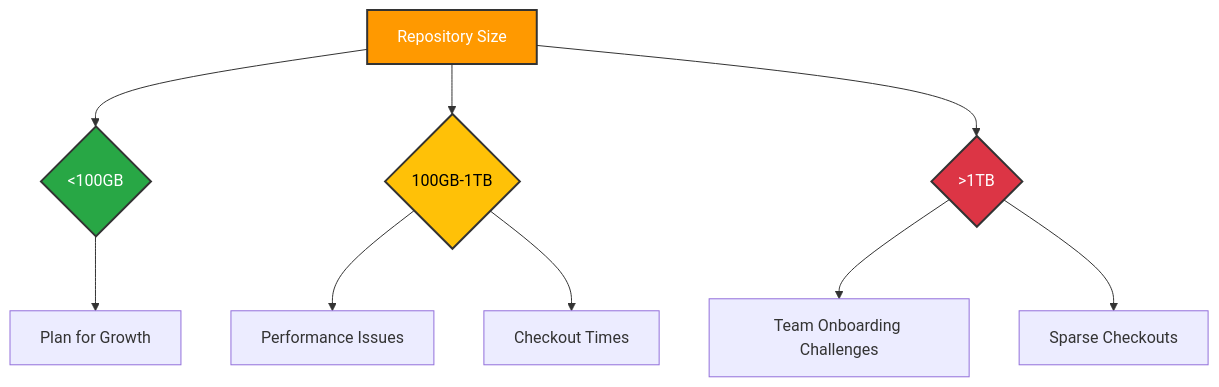
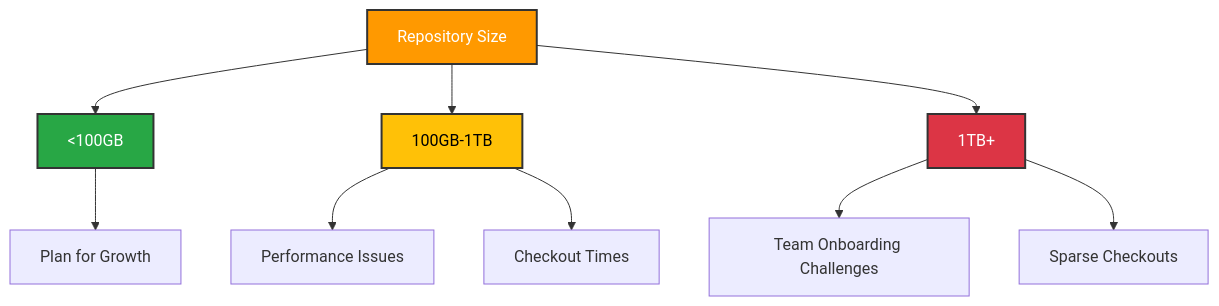
Before and after one commit to niravdd/myWork: the first of 11 diagrams in AWS for Games - BDSales Questionnaire.md, drawn with Mermaid. The commit also changed other lines of this file, not shown here.

````diff
--- a/AWS for Games - BDSales Questionnaire.md
+++ b/AWS for Games - BDSales Questionnaire.md
@@ -563,17 +563,17 @@
 ```mermaid
 graph TD
-    A[Repository Size] --> B{<100GB}
-    A --> C{100GB-1TB}
-    A --> D{>1TB}
+    A[Repository Size] --> B["<100GB"]
+    A --> C["100GB-1TB"]
+    A --> D["1TB+"]
     
     B --> B1[Plan for Growth]
     C --> C1[Performance Issues]
     C --> C2[Checkout Times]
     D --> D1[Team Onboarding Challenges]
     D --> D2[Sparse Checkouts]
     
     style A fill:#FF9900,stroke:#333,stroke-width:2px,color:#fff
     style B fill:#28a745,stroke:#333,stroke-width:2px,color:#fff
     style C fill:#ffc107,stroke:#333,stroke-width:2px,color:#000
     style D fill:#dc3545,stroke:#333,stroke-width:2px,color:#fff
 ```
````
